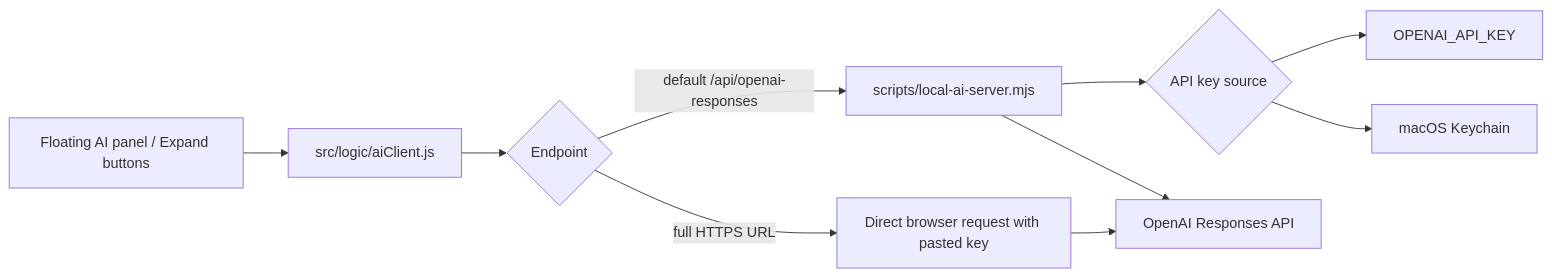
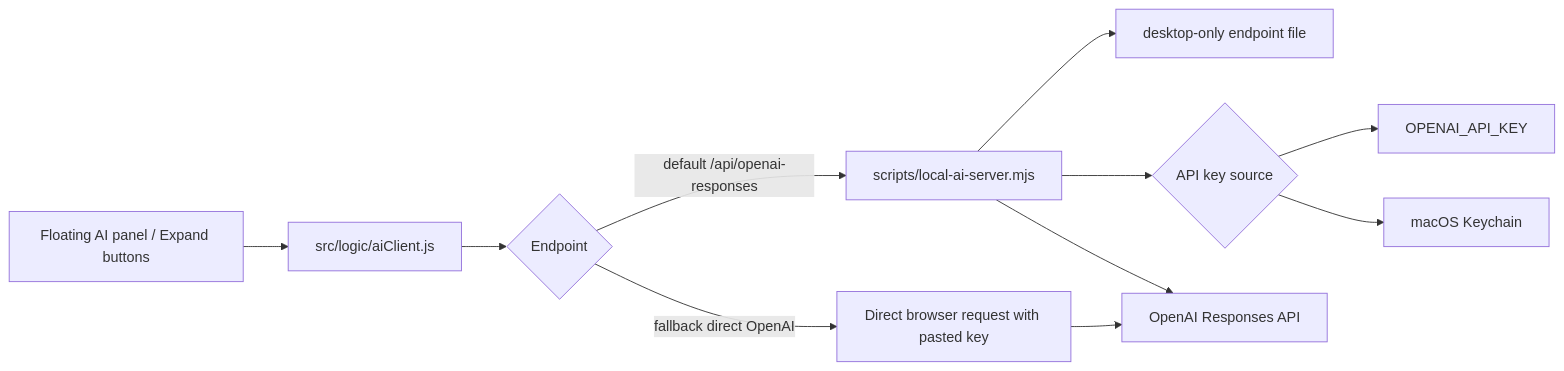
Before and after one commit to Tuckerb62/leaderman: the second of 3 diagrams in project-docs/ARCHITECTURE.md, drawn with Mermaid. The commit also changed other lines of this file and 49 other files, not shown here.

````diff
--- a/project-docs/ARCHITECTURE.md
+++ b/project-docs/ARCHITECTURE.md
@@ -209,12 +210,13 @@
 ```mermaid
 flowchart LR
   UI["Floating AI panel / Expand buttons"] --> Client["src/logic/aiClient.js"]
   Client --> Endpoint{"Endpoint"}
   Endpoint -->|"default /api/openai-responses"| LocalServer["scripts/local-ai-server.mjs"]
+  LocalServer --> DesktopEndpoint["desktop-only endpoint file"]
   LocalServer --> Key{"API key source"}
   Key --> Env["OPENAI_API_KEY"]
   Key --> Keychain["macOS Keychain"]
   LocalServer --> OpenAI["OpenAI Responses API"]
-  Endpoint -->|"full HTTPS URL"| Direct["Direct browser request with pasted key"]
+  Endpoint -->|"fallback direct OpenAI"| Direct["Direct browser request with pasted key"]
   Direct --> OpenAI
 ```
````
